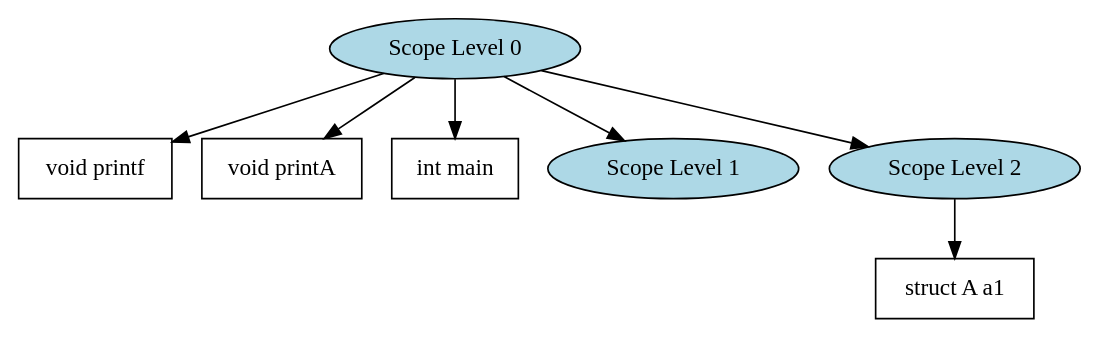
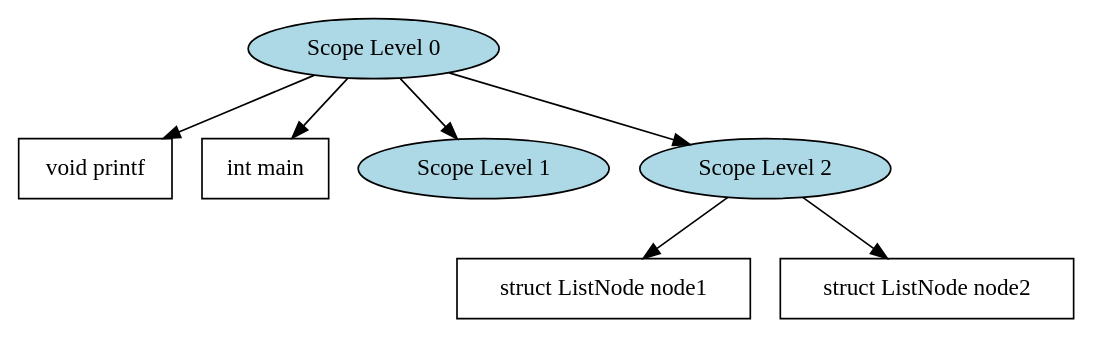
Before and after one commit to ArneDePeuter/UA-2024-Compiler: the diagram in output/in_SymbTable.dot, drawn with Graphviz. The commit also changed 19 other files, not shown here.

```diff
--- a/output/in_SymbTable.dot
+++ b/output/in_SymbTable.dot
@@ -1,15 +1,15 @@
 digraph SymbolTable {
   node1 [label="Scope Level 0", style=filled, fillcolor=lightblue];
   node1 -> node1_printf [color=black];
   node1_printf [label="void printf", shape=box, style=filled, fillcolor=white];
-  node1 -> node1_printA [color=black];
-  node1_printA [label="void printA", shape=box, style=filled, fillcolor=white];
   node1 -> node1_main [color=black];
   node1_main [label="int main", shape=box, style=filled, fillcolor=white];
   node2 [label="Scope Level 1", style=filled, fillcolor=lightblue];
   node1 -> node2;
   node3 [label="Scope Level 2", style=filled, fillcolor=lightblue];
   node1 -> node3;
-  node3 -> node3_a1 [color=black];
-  node3_a1 [label="struct A a1", shape=box, style=filled, fillcolor=white];
+  node3 -> node3_node1 [color=black];
+  node3_node1 [label="struct ListNode node1", shape=box, style=filled, fillcolor=white];
+  node3 -> node3_node2 [color=black];
+  node3_node2 [label="struct ListNode node2", shape=box, style=filled, fillcolor=white];
 }
```
